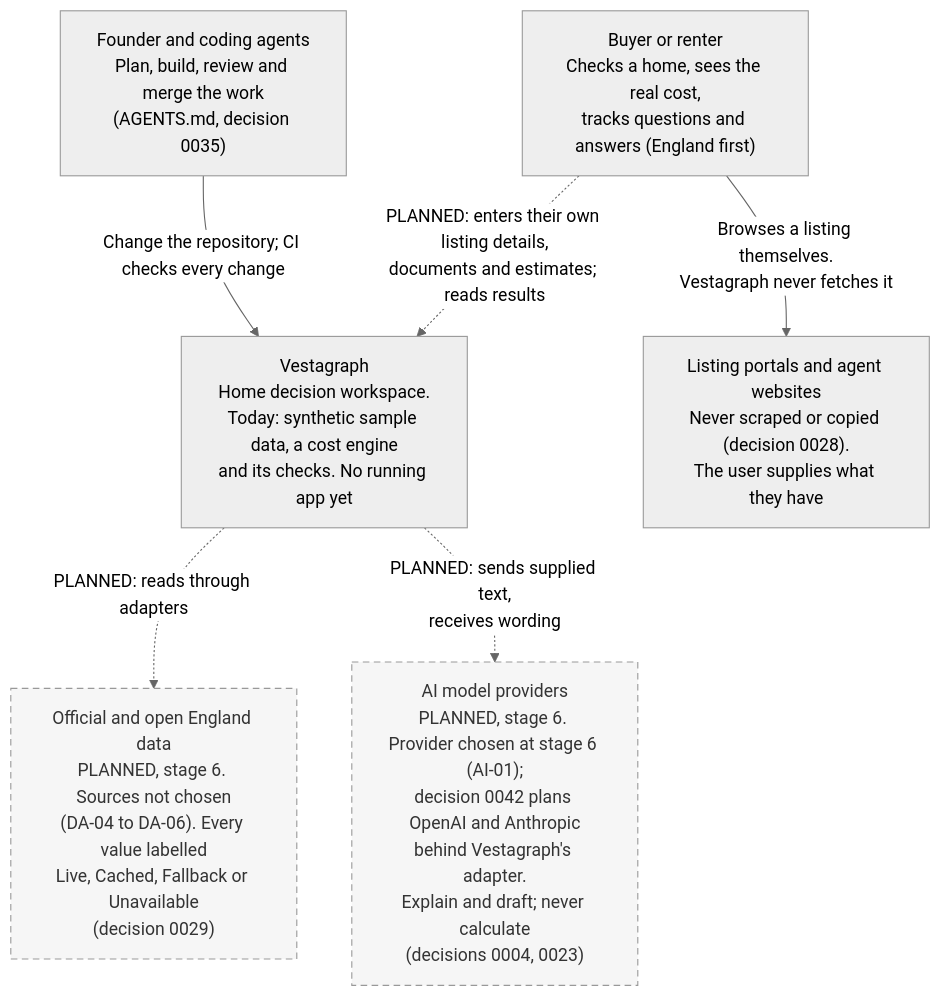
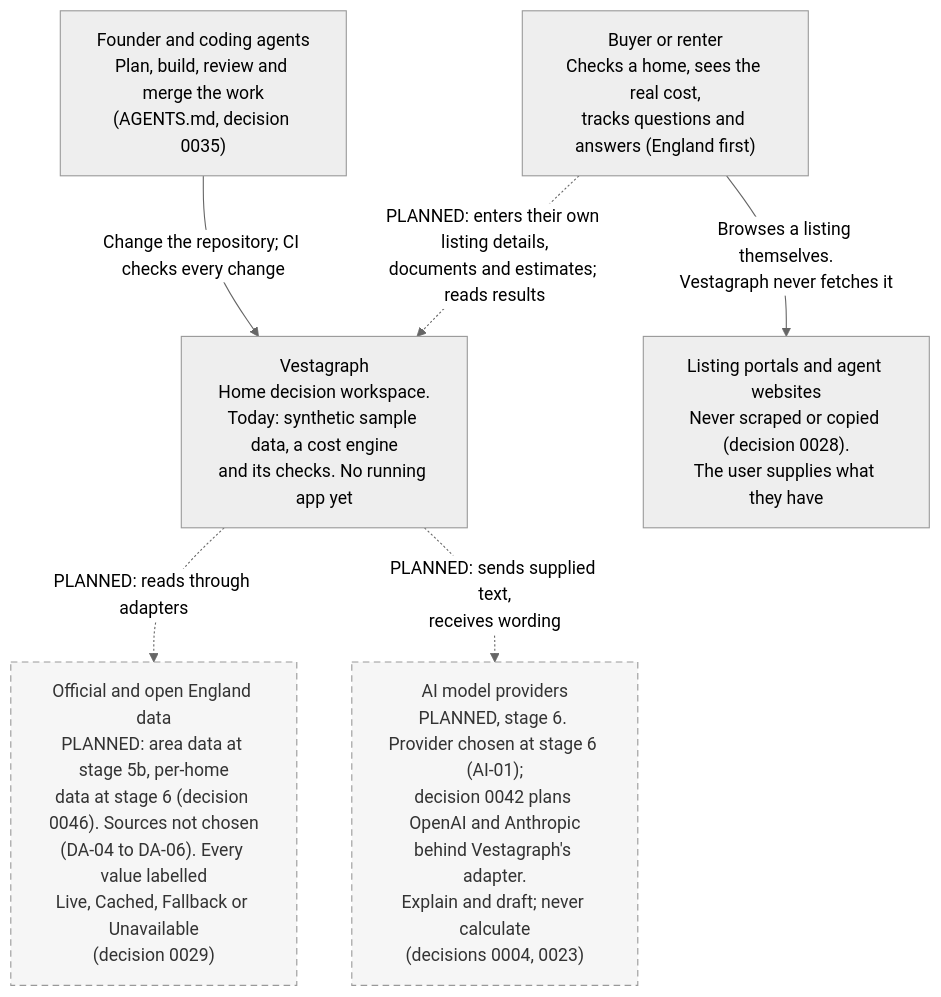
One commit to olaheavy-dev/homescout-platform changed the first of 2 diagrams in docs/architecture/README.md. Above: the diagram before and after it, drawn with Mermaid (neutral theme). The commit also changed other lines of this file and 14 other files, not shown here.

First line of the commit message:
docs: design flow for the prototype (brief, IA, tokens, tasks) and decisions 0045 and 0046 (#152)

````diff
--- a/docs/architecture/README.md
+++ b/docs/architecture/README.md
@@ -15,20 +15,20 @@
 ```mermaid
 flowchart TB
     user["Buyer or renter<br/>Checks a home, sees the real cost,<br/>tracks questions and answers (England first)"]
     builders["Founder and coding agents<br/>Plan, build, review and merge the work<br/>(AGENTS.md, decision 0035)"]
 
     vestagraph["Vestagraph<br/>Home decision workspace.<br/>Today: synthetic sample data, a cost engine<br/>and its checks. No running app yet"]
 
-    data["Official and open England data<br/>PLANNED, stage 6. Sources not chosen<br/>(DA-04 to DA-06). Every value labelled<br/>Live, Cached, Fallback or Unavailable<br/>(decision 0029)"]
+    data["Official and open England data<br/>PLANNED: area data at stage 5b, per-home<br/>data at stage 6 (decision 0046). Sources not chosen<br/>(DA-04 to DA-06). Every value labelled<br/>Live, Cached, Fallback or Unavailable<br/>(decision 0029)"]
     models["AI model providers<br/>PLANNED, stage 6. Provider chosen at stage 6 (AI-01);<br/>decision 0042 plans OpenAI and Anthropic<br/>behind Vestagraph's adapter.<br/>Explain and draft; never calculate<br/>(decisions 0004, 0023)"]
     portals["Listing portals and agent websites<br/>Never scraped or copied (decision 0028).<br/>The user supplies what they have"]
 
     user -.->|"PLANNED: enters their own listing details,<br/>documents and estimates; reads results"| vestagraph
     builders -->|"Change the repository; CI checks every change"| vestagraph
     vestagraph -.->|"PLANNED: reads through adapters"| data
     vestagraph -.->|"PLANNED: sends supplied text,<br/>receives wording"| models
     user -->|"Browses a listing themselves.<br/>Vestagraph never fetches it"| portals
 
     classDef planned stroke-dasharray: 6 4,fill:#f6f6f6,color:#333
     class data,models planned
 ```
````
